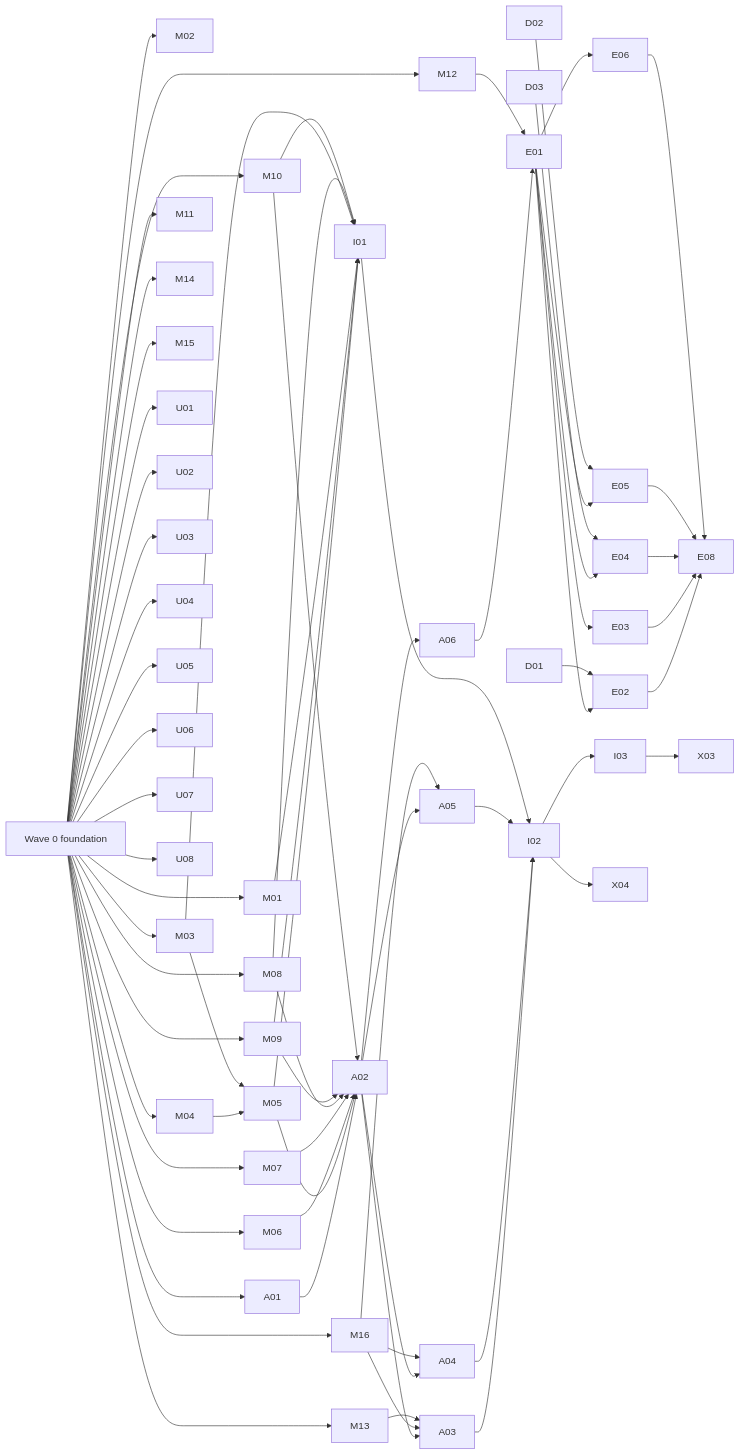
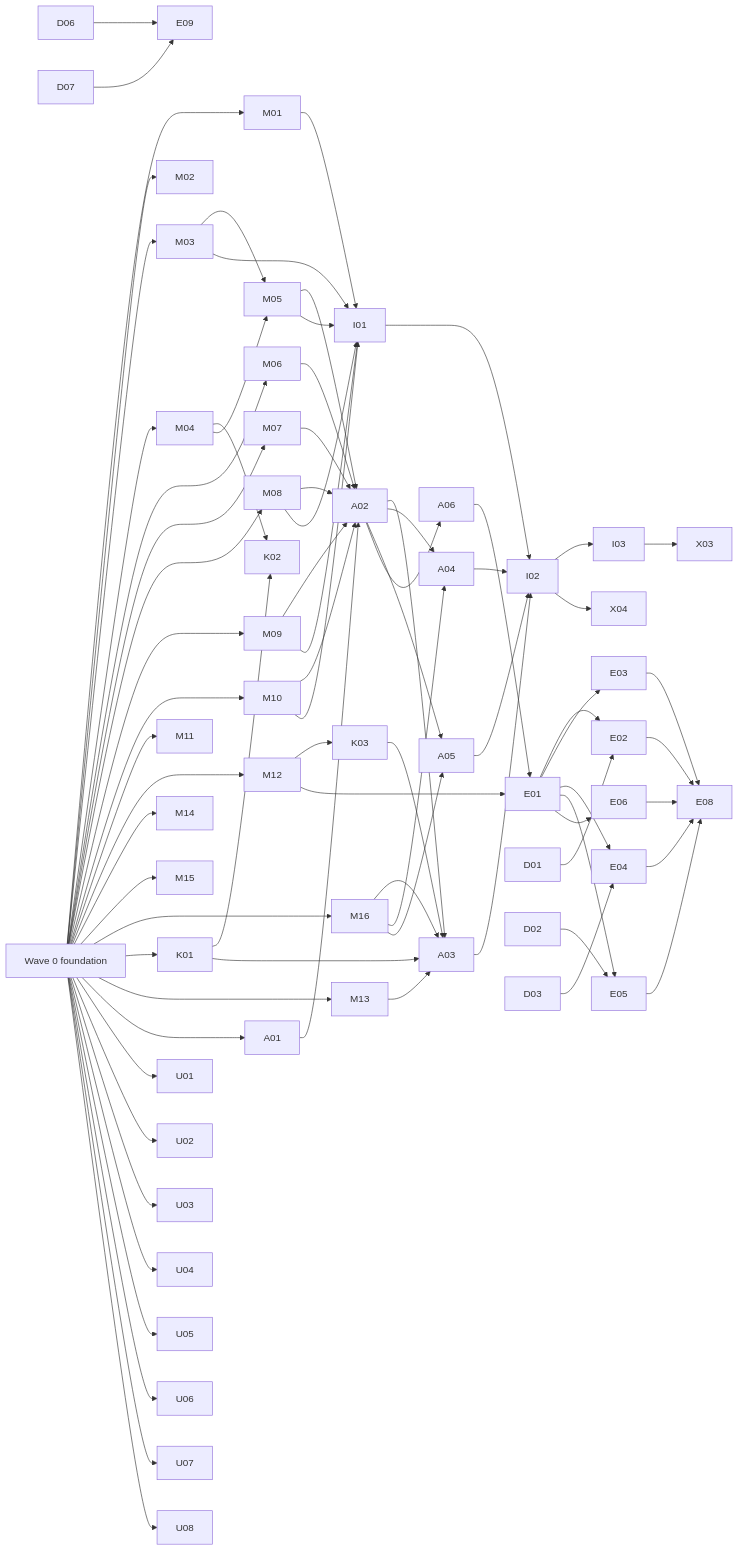
The diagram in docs/specs/ISSUES.md (Pasidu-Mihiranga/Gmora-UniversityOfMoratuwa), drawn with Mermaid before and after one commit. The commit also changed other lines of this file and 5 other files, not shown here.

````diff
--- a/docs/specs/ISSUES.md
+++ b/docs/specs/ISSUES.md
@@ -38,24 +38,29 @@
 ```mermaid
 flowchart LR
-  W0[Wave 0 foundation] --> M01 & M02 & M03 & M04 & M06 & M07 & M08 & M09 & M10 & M11 & M12 & M14 & M15 & M16
+  W0[Wave 0 foundation] --> M01 & M02 & M03 & M04 & M06 & M07 & M08 & M09 & M10 & M11 & M12 & M14 & M15 & M16 & K01
+  K01 --> K02
+  M04 --> K02
+  M12 --> K03
+  K01 & K03 --> A03
+  D06 & D07 --> E09
   M04 --> M05
   M03 --> M05
   W0 --> M13
   W0 --> A01
   A01 --> A02
   M05 & M06 & M07 & M08 & M09 & M10 --> A02
   A02 --> A03 & A04 & A05 & A06
   M16 --> A03 & A04 & A05
   M13 --> A03
   W0 --> U01 & U02 & U03 & U04 & U05 & U06 & U07 & U08
   M05 & M09 & M01 & M03 & M08 & M10 --> I01
   A03 & A04 & A05 & I01 --> I02
   A06 & M12 --> E01
   E01 --> E02 & E03 & E04 & E05 & E06
   D01 --> E02
   D02 --> E05
   D03 --> E04
   I02 --> I03 --> X03
   E02 & E03 & E04 & E05 & E06 --> E08
   I02 --> X04
 ```
````
